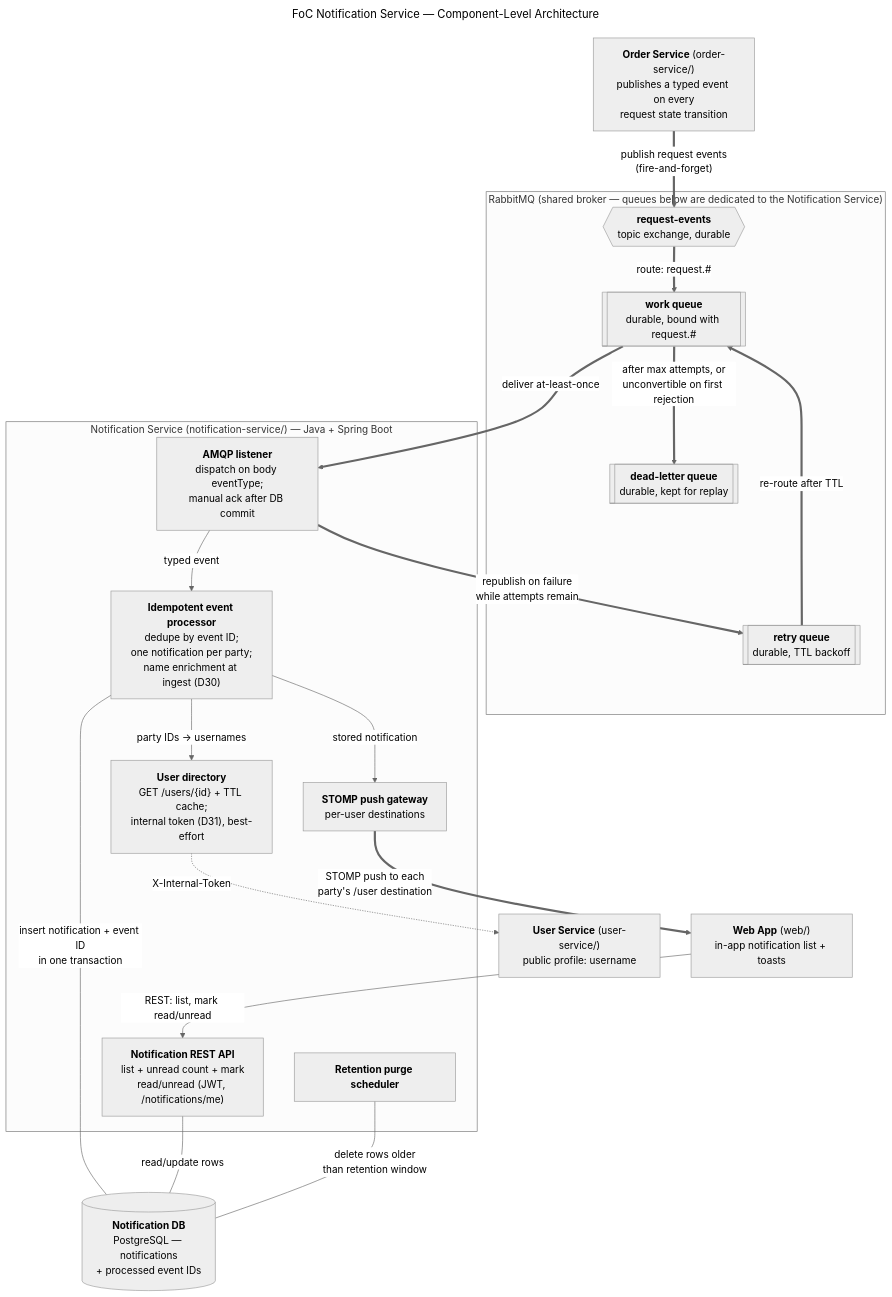
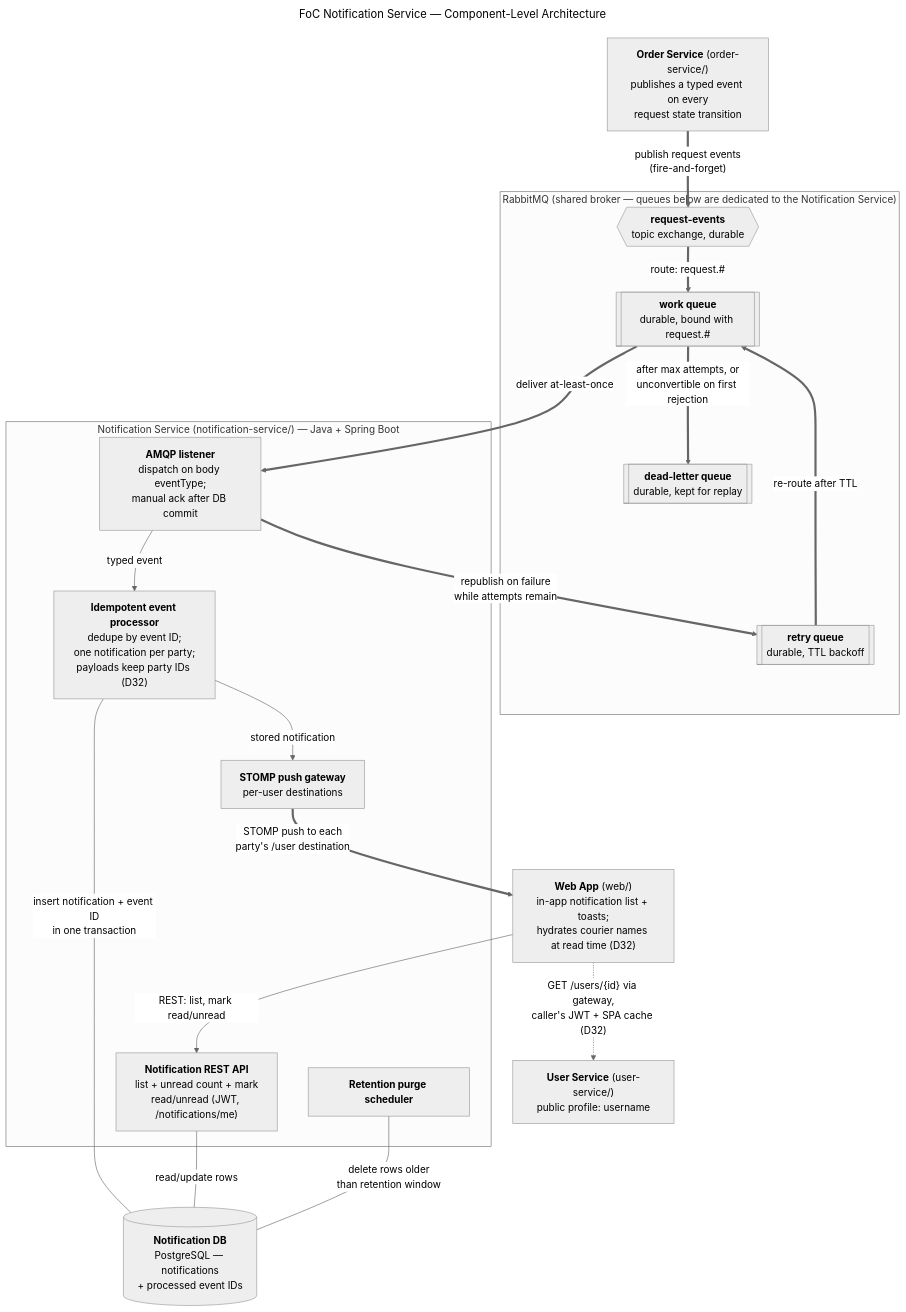
The diagram in docs/notification-service.mmd (AY2627S1-CS3219-P23/foc), drawn with Mermaid (neutral theme) before and after one commit. The commit also changed 25 other files, not shown here.

First line of the commit message:
feat: hydrate notification display names in the web at read time (D32)

```diff
--- a/docs/notification-service.mmd
+++ b/docs/notification-service.mmd
@@ -1,53 +1,56 @@
 ---
 title: "FoC Notification Service — Component-Level Architecture"
 ---
 %% AI-assisted (CS3219 AI Usage Policy disclosure):
 %% Tool: Claude Code (Fable 5), 2026-09-15 – 2026-09-21.
 %% Scope: drew the team-decided design (decisions D1-D22, made by
 %% Leong Wei Zhi, recorded in docs/notification-service.md); the tool
 %% made no design decisions.
 %% Reviewed by: Leong Wei Zhi (via pull request).
 %% 2026-10-17, Claude Code (Fable 5), issue #66: the REST API node is
 %% built — dashed "planned" styling removed, label updated.
 %% 2026-10-17, Claude Code (Fable 5), issue #66: user directory node +
 %% lookup edge added for the ingest-time name enrichment (author
 %% decisions D30/D31 via options Q&A).
+%% 2026-10-19, Claude Code (Fable 5), issue #221: user directory node and
+%% internal-token edge removed with the enrichment (author decision D32
+%% via options Q&A — the web hydrates names at read time through the
+%% gateway); the Web App node notes the lookup instead.
 %% Legend, decisions and traceability: see docs/notification-service.md
 flowchart TB
     ORDER_SVC["<b>Order Service</b> (order-service/)<br/>publishes a typed event on every<br/>request state transition"]
-    WEB["<b>Web App</b> (web/)<br/>in-app notification list + toasts"]
+    WEB["<b>Web App</b> (web/)<br/>in-app notification list + toasts;<br/>hydrates courier names at read time (D32)"]
+    USER_SVC["<b>User Service</b> (user-service/)<br/>public profile: username"]
 
     subgraph RABBIT ["RabbitMQ (shared broker — queues below are dedicated to the Notification Service)"]
         EXCH{{"<b>request-events</b><br/>topic exchange, durable"}}
         WORKQ[["<b>work queue</b><br/>durable, bound with request.#"]]
         RETRYQ[["<b>retry queue</b><br/>durable, TTL backoff"]]
         DLQ[["<b>dead-letter queue</b><br/>durable, kept for replay"]]
     end
 
     subgraph NOTIF ["Notification Service (notification-service/) — Java + Spring Boot"]
         LISTENER["<b>AMQP listener</b><br/>dispatch on body eventType;<br/>manual ack after DB commit"]
-        PROCESSOR["<b>Idempotent event processor</b><br/>dedupe by event ID;<br/>one notification per party;<br/>name enrichment at ingest (D30)"]
-        DIRECTORY["<b>User directory</b><br/>GET /users/{id} + TTL cache;<br/>internal token (D31), best-effort"]
+        PROCESSOR["<b>Idempotent event processor</b><br/>dedupe by event ID;<br/>one notification per party;<br/>payloads keep party IDs (D32)"]
         API["<b>Notification REST API</b><br/>list + unread count + mark<br/>read/unread (JWT, /notifications/me)"]
         PUSH["<b>STOMP push gateway</b><br/>per-user destinations"]
         PURGE["<b>Retention purge scheduler</b>"]
     end
 
     NOTIF_DB[("<b>Notification DB</b><br/>PostgreSQL — notifications<br/>+ processed event IDs")]
 
     ORDER_SVC ==>|"publish request events<br/>(fire-and-forget)"| EXCH
     EXCH ==>|"route: request.#"| WORKQ
     WORKQ ==>|"deliver at-least-once"| LISTENER
     LISTENER ==>|"republish on failure<br/>while attempts remain"| RETRYQ
     RETRYQ ==>|"re-route after TTL"| WORKQ
     WORKQ ==>|"after max attempts, or<br/>unconvertible on first rejection"| DLQ
 
     LISTENER -->|"typed event"| PROCESSOR
-    PROCESSOR -->|"party IDs → usernames"| DIRECTORY
-    DIRECTORY -.->|"X-Internal-Token"| USER_SVC["<b>User Service</b> (user-service/)<br/>public profile: username"]
     PROCESSOR ---|"insert notification + event ID<br/>in one transaction"| NOTIF_DB
     PROCESSOR -->|"stored notification"| PUSH
     PUSH ==>|"STOMP push to each<br/>party's /user destination"| WEB
     WEB -->|"REST: list, mark read/unread"| API
+    WEB -.->|"GET /users/{id} via gateway,<br/>caller's JWT + SPA cache (D32)"| USER_SVC
     API ---|"read/update rows"| NOTIF_DB
     PURGE ---|"delete rows older<br/>than retention window"| NOTIF_DB
```
